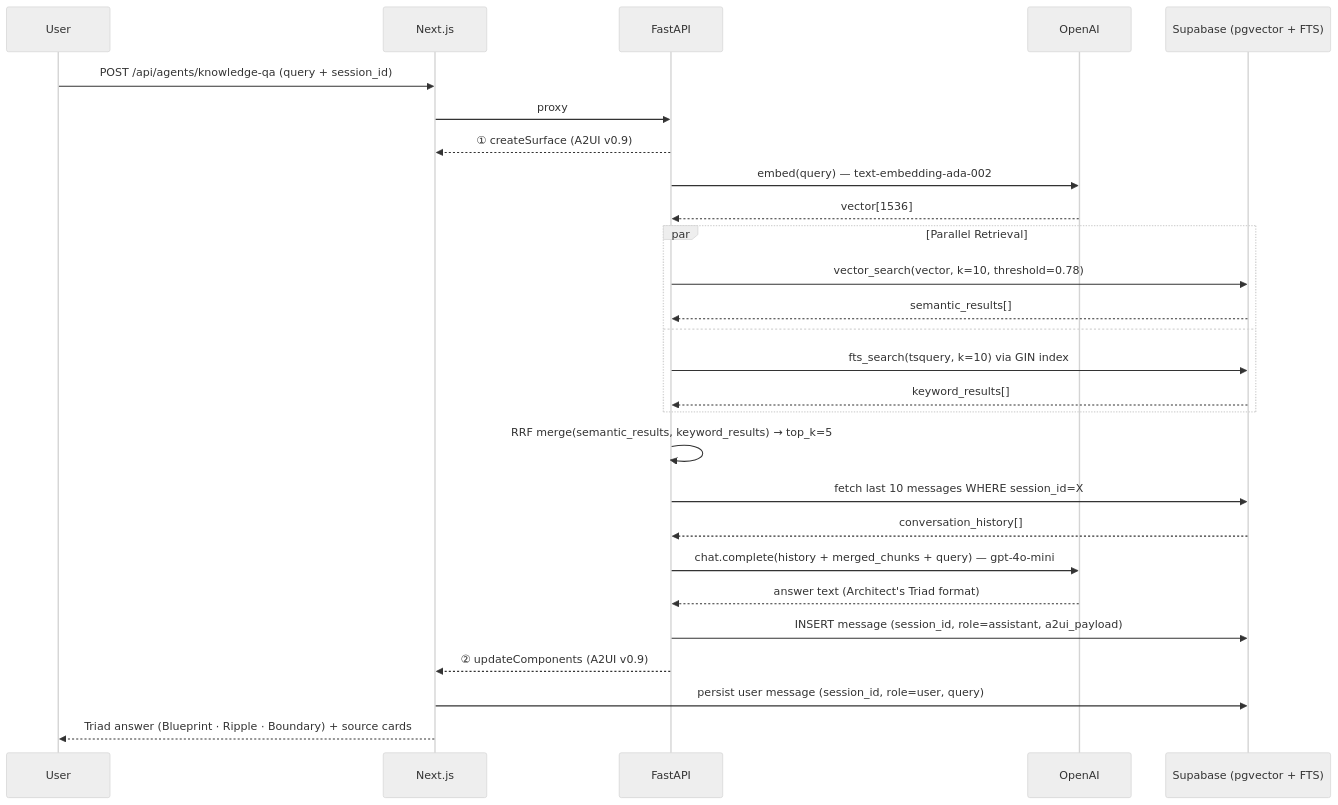
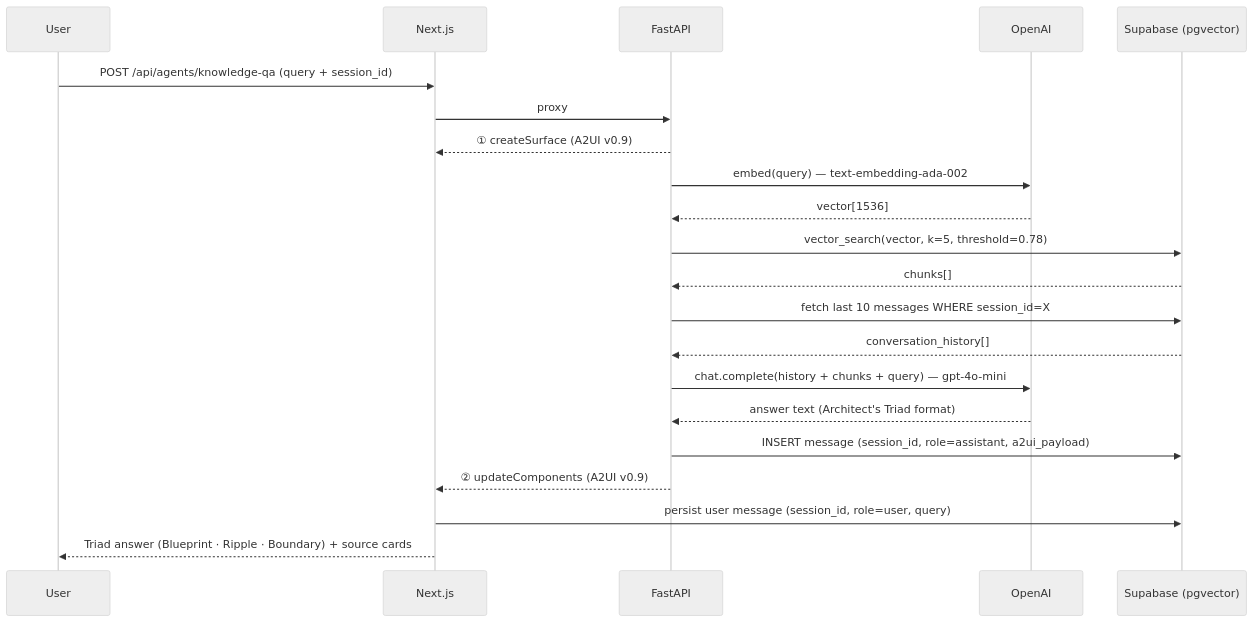
Before and after one commit to dashbh/synapse: the second of 3 diagrams in docs/Architecture.md, drawn with Mermaid (neutral theme). The commit also changed other lines of this file and 11 other files, not shown here.

````diff
--- a/docs/Architecture.md
+++ b/docs/Architecture.md
@@ -94,32 +91,24 @@
 ```mermaid
 sequenceDiagram
     participant User
     participant FE as Next.js
     participant BE as FastAPI
     participant OAI as OpenAI
-    participant DB as Supabase (pgvector + FTS)
+    participant DB as Supabase (pgvector)
 
     User->>FE: POST /api/agents/knowledge-qa (query + session_id)
     FE->>BE: proxy
     BE-->>FE: ① createSurface (A2UI v0.9)
     BE->>OAI: embed(query) — text-embedding-ada-002
     OAI-->>BE: vector[1536]
-
-    par Parallel Retrieval
-        BE->>DB: vector_search(vector, k=10, threshold=0.78)
-        DB-->>BE: semantic_results[]
-    and
-        BE->>DB: fts_search(tsquery, k=10) via GIN index
-        DB-->>BE: keyword_results[]
-    end
-
-    BE->>BE: RRF merge(semantic_results, keyword_results) → top_k=5
+    BE->>DB: vector_search(vector, k=5, threshold=0.78)
+    DB-->>BE: chunks[]
     BE->>DB: fetch last 10 messages WHERE session_id=X
     DB-->>BE: conversation_history[]
-    BE->>OAI: chat.complete(history + merged_chunks + query) — gpt-4o-mini
+    BE->>OAI: chat.complete(history + chunks + query) — gpt-4o-mini
     OAI-->>BE: answer text (Architect's Triad format)
     BE->>DB: INSERT message (session_id, role=assistant, a2ui_payload)
     BE-->>FE: ② updateComponents (A2UI v0.9)
     FE->>DB: persist user message (session_id, role=user, query)
     FE-->>User: Triad answer (Blueprint · Ripple · Boundary) + source cards
 ```
````
